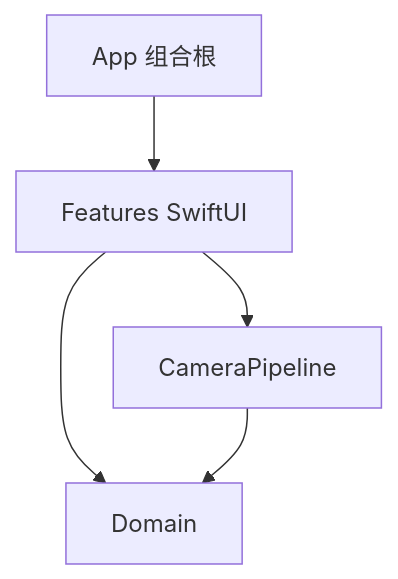
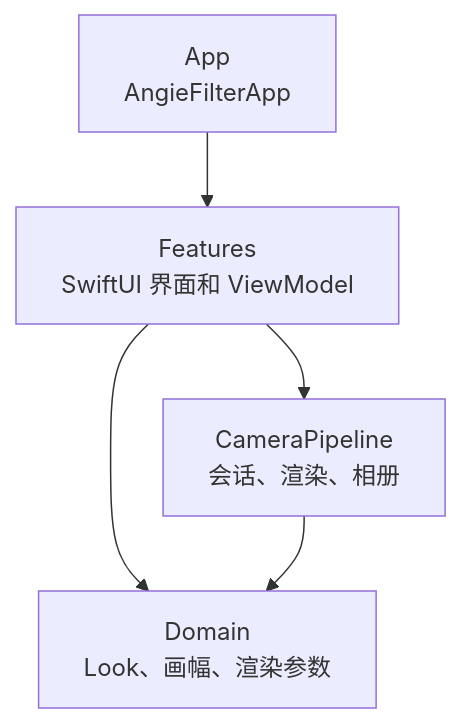
One commit to zhe-ma/angie-filter changed the first of 6 diagrams in design/architecture.md. Above: the diagram before and after it, drawn with Mermaid. The commit also changed other lines of this file and 40 other files, not shown here.

Commit message:
让 LUT 图作为独立渲染方案和配方立方体并存，并写明怎么再加一种方案。

````diff
--- a/design/architecture.md
+++ b/design/architecture.md
@@ -7,11 +11,11 @@
 ```mermaid
 flowchart TB
-  app[App 组合根]
-  features[Features SwiftUI]
-  pipeline[CameraPipeline]
-  domain[Domain]
+  app["App<br/>AngieFilterApp"]
+  features["Features<br/>SwiftUI 界面和 ViewModel"]
+  pipeline["CameraPipeline<br/>会话、渲染、相册"]
+  domain["Domain<br/>Look、画幅、渲染参数"]
   app --> features
   features --> pipeline
   features --> domain
   pipeline --> domain
 ```
````
